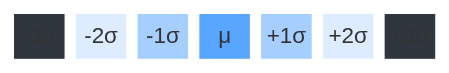
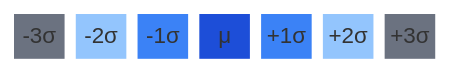
The third of 4 diagrams in _cheatsheets/probability-and-statistics.md (ashababnoor/cheatsheets), drawn with Mermaid before and after one commit. The commit also changed other lines of this file, not shown here.

Commit message:
style: update color schemes for diagrams in probability and statistics cheatsheet

````diff
--- a/_cheatsheets/probability-and-statistics.md
+++ b/_cheatsheets/probability-and-statistics.md
@@ -153,12 +153,12 @@
 ```mermaid
 block-beta
     columns 7
     L3["-3σ"] L2["-2σ"] L1["-1σ"] M["μ"] R1["+1σ"] R2["+2σ"] R3["+3σ"]
-    style L3 fill:#30363d,color:#9198a1,stroke:none
-    style L2 fill:#58a6ff33,color:#58a6ff,stroke:none
-    style L1 fill:#58a6ff88,color:#fff,stroke:none
-    style M fill:#58a6ff,color:#fff,stroke:none
-    style R1 fill:#58a6ff88,color:#fff,stroke:none
-    style R2 fill:#58a6ff33,color:#58a6ff,stroke:none
-    style R3 fill:#30363d,color:#9198a1,stroke:none
+    style L3 fill:#6b7280,color:#fff,stroke:none
+    style L2 fill:#93c5fd,color:#1f2328,stroke:none
+    style L1 fill:#3b82f6,color:#fff,stroke:none
+    style M fill:#1d4ed8,color:#fff,stroke:none
+    style R1 fill:#3b82f6,color:#fff,stroke:none
+    style R2 fill:#93c5fd,color:#1f2328,stroke:none
+    style R3 fill:#6b7280,color:#fff,stroke:none
 ```
````
